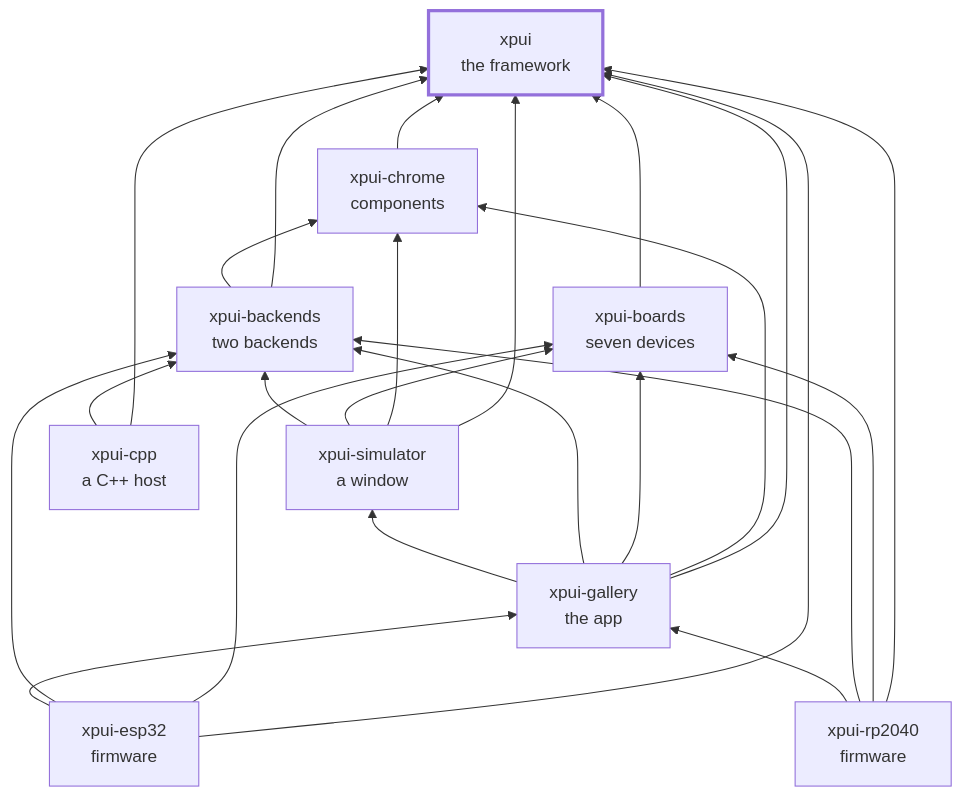
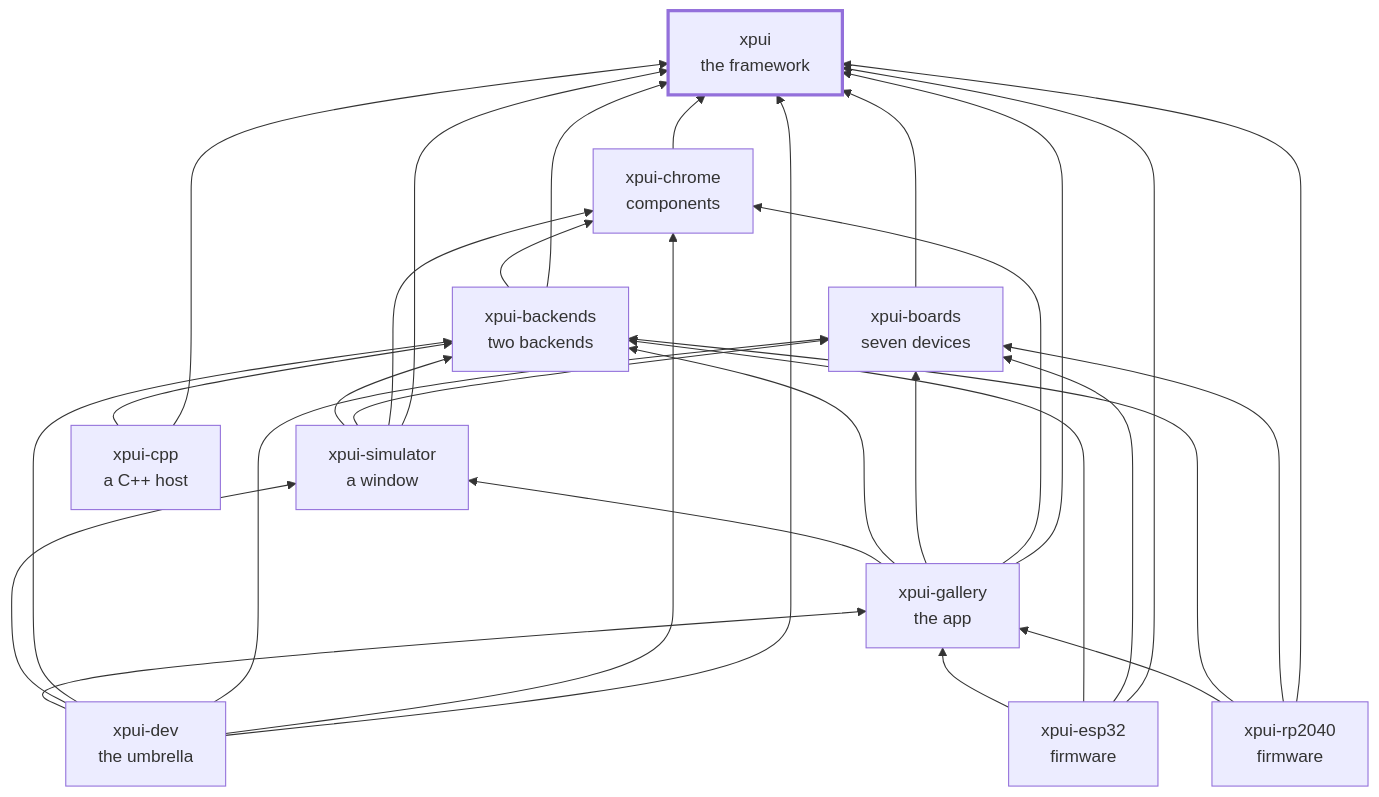
The second of 2 diagrams in README.md (XPUI-Framework/xpui-framework), drawn with Mermaid before and after one commit. The commit also changed other lines of this file, not shown here.

````diff
--- a/README.md
+++ b/README.md
@@ -246,36 +250,43 @@
 ```mermaid
 flowchart BT
   xpui["xpui<br/>the framework"]
   chrome["xpui-chrome<br/>components"]
   boards["xpui-boards<br/>seven devices"]
   backends["xpui-backends<br/>two backends"]
   simulator["xpui-simulator<br/>a window"]
   gallery["xpui-gallery<br/>the app"]
   rp2040["xpui-rp2040<br/>firmware"]
   esp32["xpui-esp32<br/>firmware"]
   cpp["xpui-cpp<br/>a C++ host"]
+  dev["xpui-dev<br/>the umbrella"]
   chrome --> xpui
   boards --> xpui
   backends --> xpui
   backends --> chrome
   simulator --> xpui
   simulator --> chrome
   simulator --> boards
   simulator --> backends
   gallery --> xpui
   gallery --> chrome
   gallery --> boards
   gallery --> backends
   gallery --> simulator
   rp2040 --> xpui
   rp2040 --> boards
   rp2040 --> backends
   rp2040 --> gallery
   esp32 --> xpui
   esp32 --> boards
   esp32 --> backends
   esp32 --> gallery
   cpp --> xpui
   cpp --> backends
+  dev --> xpui
+  dev --> chrome
+  dev --> boards
+  dev --> backends
+  dev --> simulator
+  dev --> gallery
   style xpui stroke-width:3px
 ```
````
